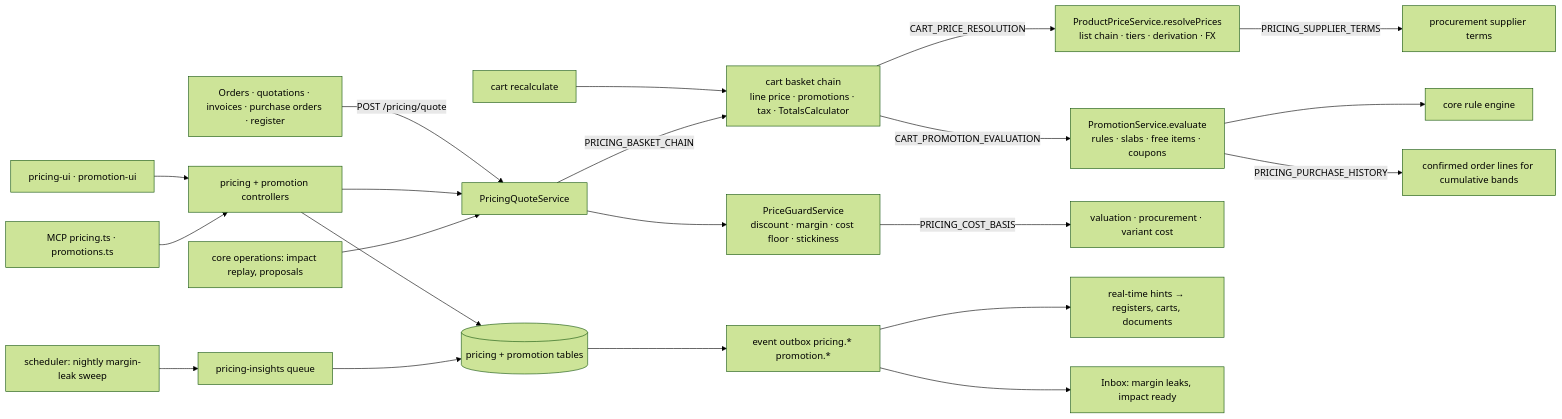
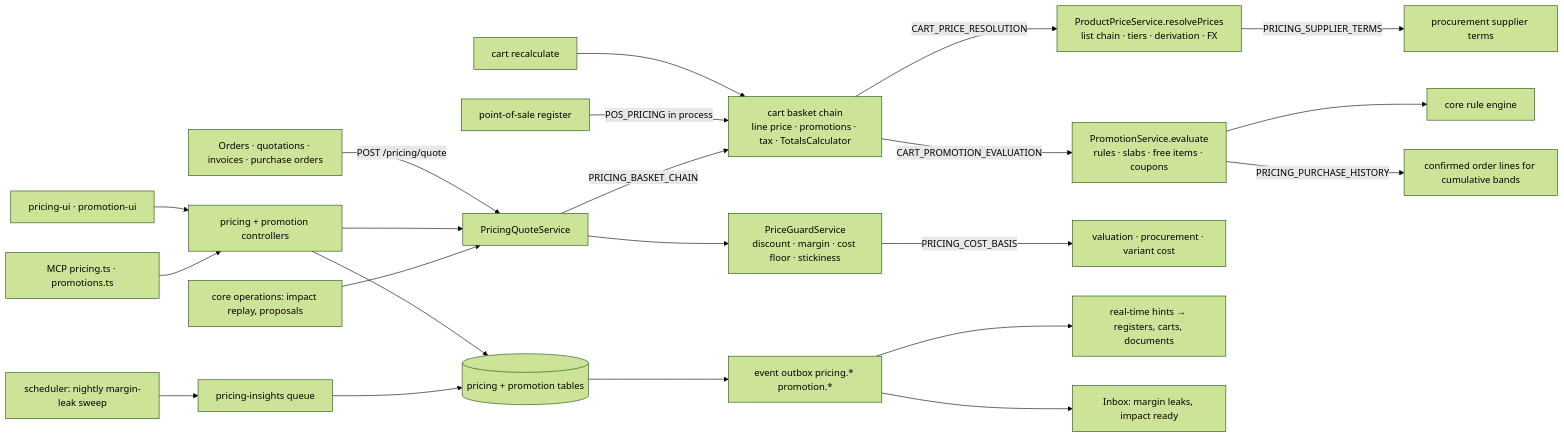
One commit to ever-co/ever-gauzy changed the diagram in docs/specs/features/pricing-and-promotions/plan.md. Above: the diagram before and after it, drawn with Mermaid (forest theme). The commit also changed other lines of this file and 65 other files, not shown here.

````diff
--- a/docs/specs/features/pricing-and-promotions/plan.md
+++ b/docs/specs/features/pricing-and-promotions/plan.md
@@ -38,23 +40,24 @@
 ```mermaid
 flowchart LR
     CART[cart recalculate] --> CHAIN
-    DOC[Orders · quotations · invoices · purchase orders · register] -->|POST /pricing/quote| Q[PricingQuoteService]
+    DOC[Orders · quotations · invoices · purchase orders] -->|POST /pricing/quote| Q[PricingQuoteService]
+    POS[point-of-sale register] -->|POS_PRICING in process| CHAIN
     UI[pricing-ui · promotion-ui] --> API[pricing + promotion controllers]
     MCP[MCP pricing.ts · promotions.ts] --> API
     API --> Q
     Q -->|PRICING_BASKET_CHAIN| CHAIN[cart basket chain<br/>line price · promotions · tax · TotalsCalculator]
     CHAIN -->|CART_PRICE_RESOLUTION| RES[ProductPriceService.resolvePrices<br/>list chain · tiers · derivation · FX]
     CHAIN -->|CART_PROMOTION_EVALUATION| PRO[PromotionService.evaluate<br/>rules · slabs · free items · coupons]
     PRO --> RULE[core rule engine]
     Q --> G[PriceGuardService<br/>discount · margin · cost floor · stickiness]
     G -->|PRICING_COST_BASIS| COST[valuation · procurement · variant cost]
     PRO -->|PRICING_PURCHASE_HISTORY| ORD[confirmed order lines for cumulative bands]
     RES -->|PRICING_SUPPLIER_TERMS| SUP[procurement supplier terms]
     API --> DB[(pricing + promotion tables)]
     DB --> OB[event outbox pricing.* promotion.*]
     OB --> RT[real-time hints → registers, carts, documents]
     OB --> INB[Inbox: margin leaks, impact ready]
     SCH[scheduler: nightly margin-leak sweep] --> JOB[pricing-insights queue]
     JOB --> DB
     OPS[core operations: impact replay, proposals] --> Q
 ```
````
